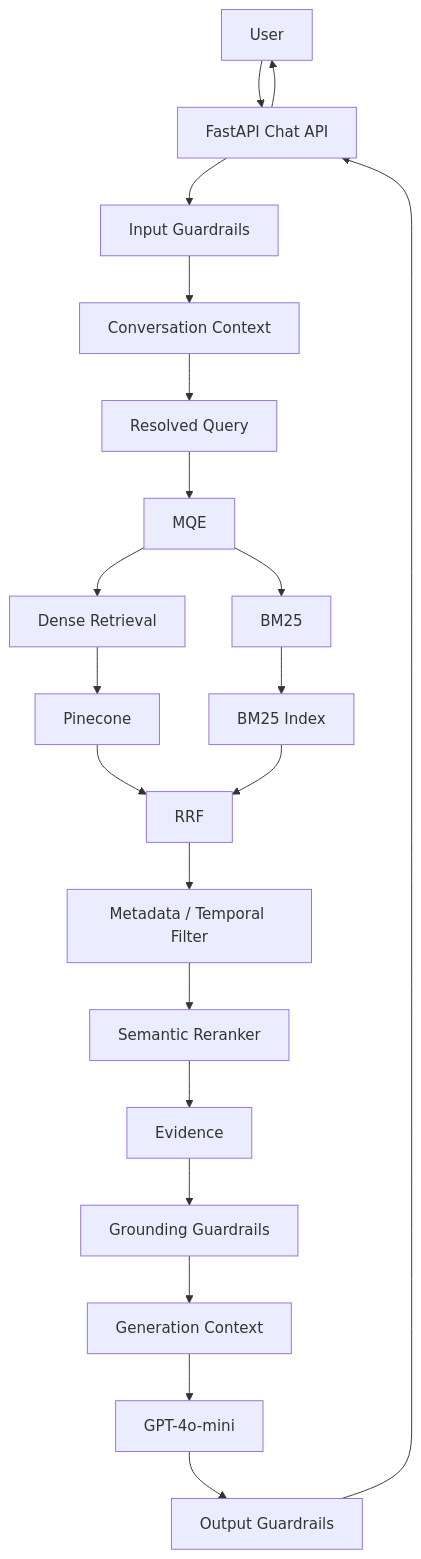
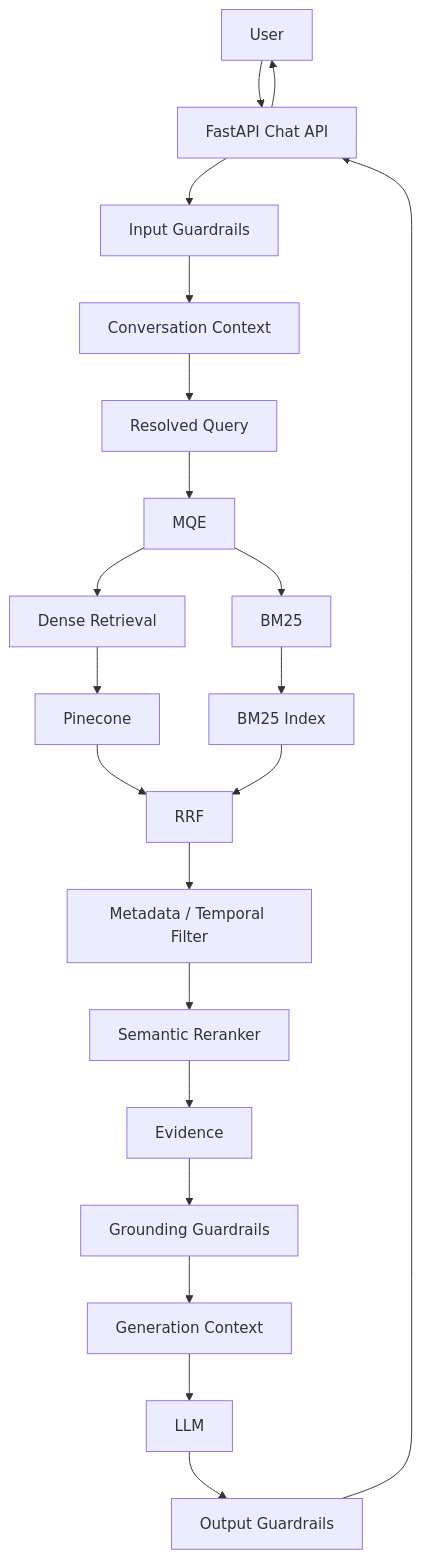
Before and after one commit to AdithyaGopakumar/Advanced-RAG-Banking: diagram 15 of 17 in docs/RAG_DESIGN.md, drawn with Mermaid. The commit also changed other lines of this file, not shown here.

````diff
--- a/docs/RAG_DESIGN.md
+++ b/docs/RAG_DESIGN.md
@@ -783,30 +783,30 @@
 ```mermaid
 flowchart TD
     User["User"] --> API["FastAPI Chat API"]
     API --> Guard["Input Guardrails"]
     Guard --> Context["Conversation Context"]
     Context --> Query["Resolved Query"]
 
     Query --> MQE["MQE"]
 
     MQE --> Dense["Dense Retrieval"]
     MQE --> BM25["BM25"]
 
     Dense --> Pinecone["Pinecone"]
     BM25 --> LexicalIndex["BM25 Index"]
 
     Pinecone --> RRF["RRF"]
     LexicalIndex --> RRF
 
     RRF --> Filter["Metadata / Temporal Filter"]
     Filter --> Reranker["Semantic Reranker"]
 
     Reranker --> Evidence["Evidence"]
     Evidence --> Grounding["Grounding Guardrails"]
     Grounding --> Prompt["Generation Context"]
 
-    Prompt --> LLM["GPT-4o-mini"]
+    Prompt --> LLM["LLM"]
     LLM --> OutputGuard["Output Guardrails"]
     OutputGuard --> API
     API --> User
 ```
````
